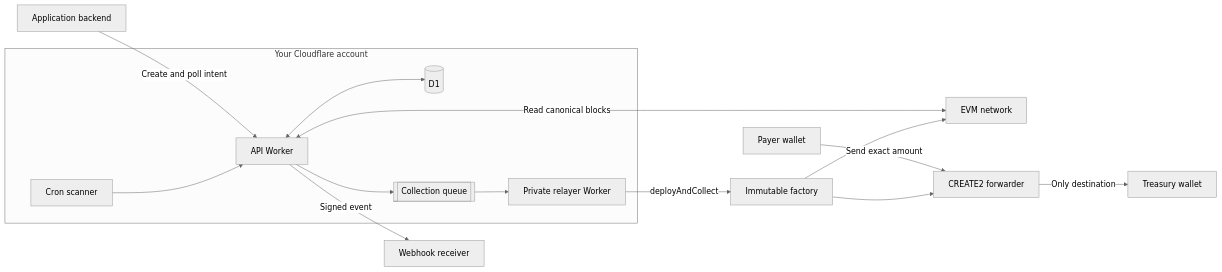
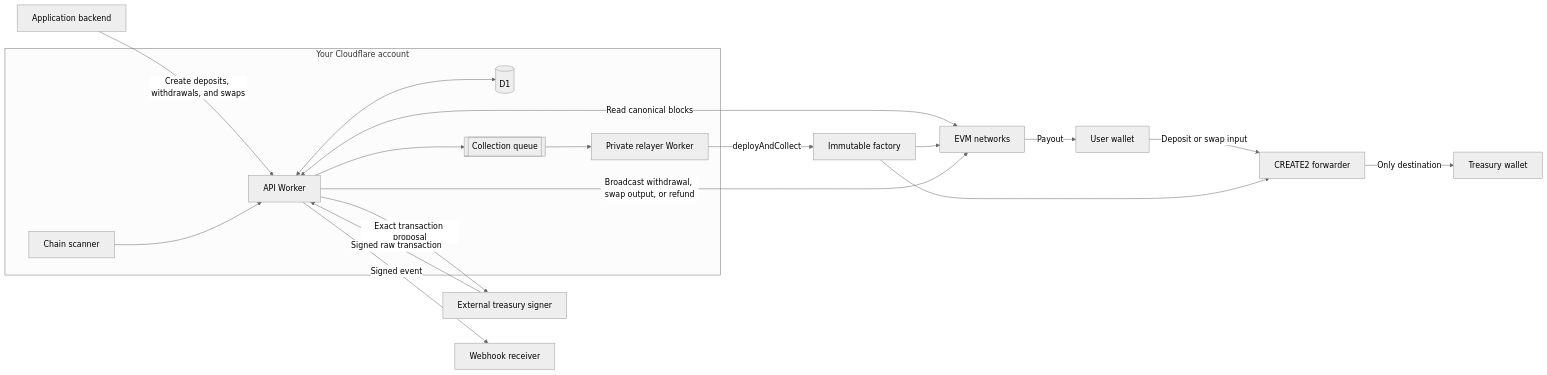
Before and after one commit to ifokeev/evm-payment-gateway: the first of 2 diagrams in README.md, drawn with Mermaid (neutral theme). The commit also changed other lines of this file and 36 other files, not shown here.

Commit message:
feat(payments): add withdrawals and cross-chain swaps (#10)

````diff
--- a/README.md
+++ b/README.md
@@ -62,30 +65,35 @@
 ```mermaid
 flowchart LR
     App["Application backend"]
-    Payer["Payer wallet"]
+    User["User wallet"]
+    Signer["External treasury signer"]
     Webhook["Webhook receiver"]
-    Chain["EVM network"]
+    Chain["EVM networks"]
     Factory["Immutable factory"]
     Forwarder["CREATE2 forwarder"]
     Treasury["Treasury wallet"]
 
     subgraph CF["Your Cloudflare account"]
         API["API Worker"]
         DB[(D1)]
-        Cron["Cron scanner"]
+        Scanner["Chain scanner"]
         Queue[[Collection queue]]
         Relayer["Private relayer Worker"]
     end
 
-    App -->|"Create and poll intent"| API
+    App -->|"Create deposits, withdrawals, and swaps"| API
     API <--> DB
     API -->|"Signed event"| Webhook
-    Cron --> API
+    Scanner --> API
     API <-->|"Read canonical blocks"| Chain
-    Payer -->|"Send exact amount"| Forwarder
+    User -->|"Deposit or swap input"| Forwarder
     API --> Queue --> Relayer
     Relayer -->|"deployAndCollect"| Factory
     Factory --> Forwarder
     Forwarder -->|"Only destination"| Treasury
     Factory --> Chain
+    API -->|"Exact transaction proposal"| Signer
+    Signer -->|"Signed raw transaction"| API
+    API -->|"Broadcast withdrawal, swap output, or refund"| Chain
+    Chain -->|"Payout"| User
 ```
````
